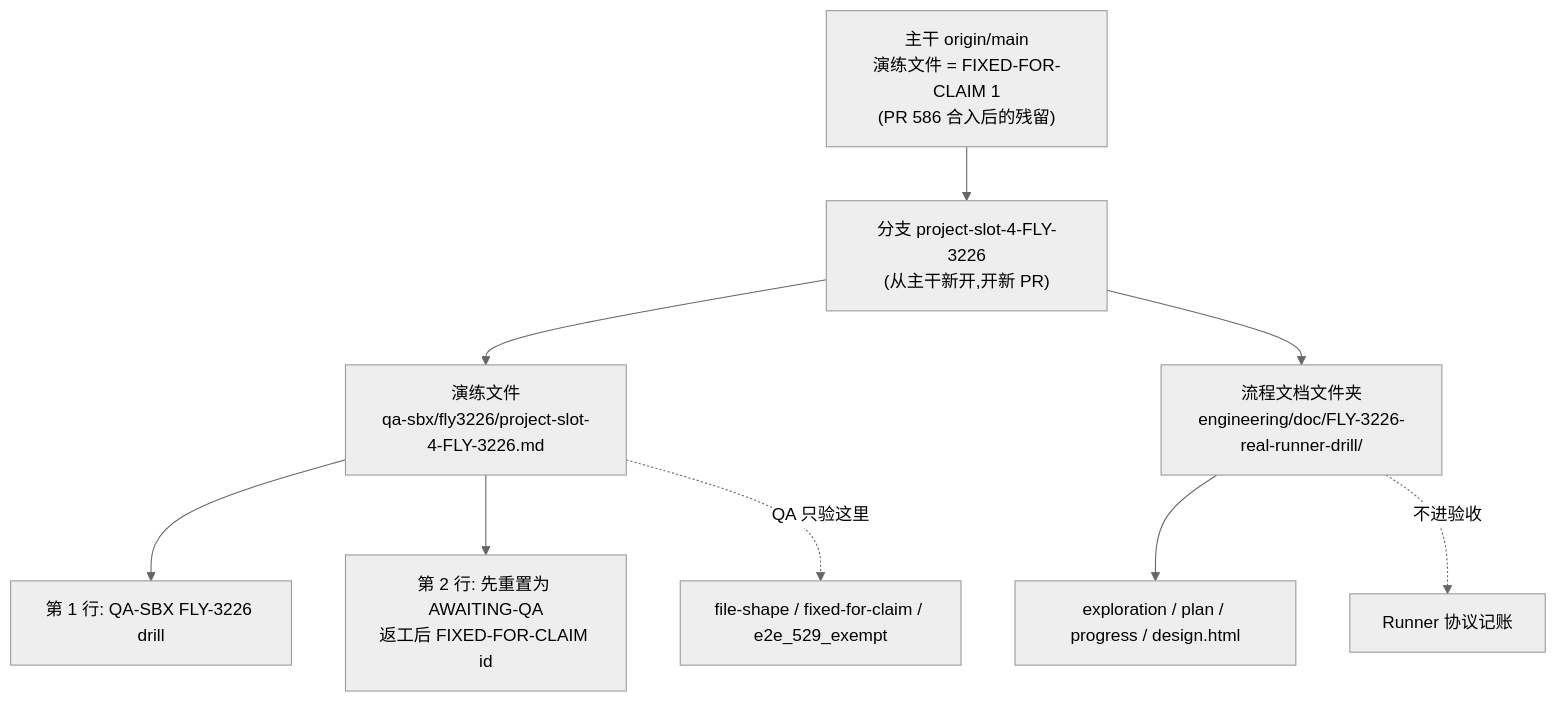
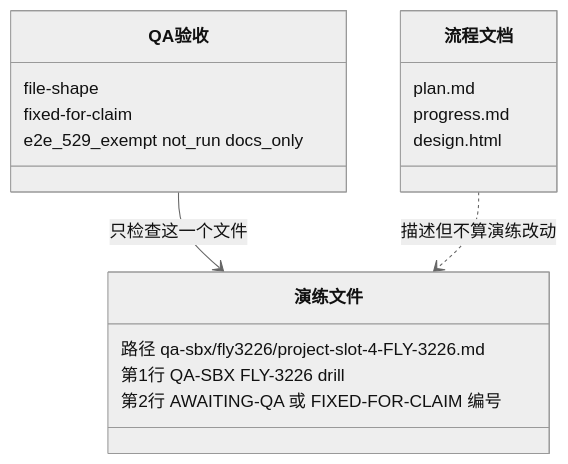
One commit to xrliAnnie/flywheel-qa-sandbox changed the diagram in engineering/doc/FLY-3226-real-runner-drill/d2-data-model.mmd. Above: the diagram before and after it, drawn with Mermaid (neutral theme). The commit also changed 7 other files, not shown here.

First line of the commit message:
FLY-3226 QA-SBX FLY-3226 real-runner drill (run 26677b9a) (#616)

```diff
--- a/engineering/doc/FLY-3226-real-runner-drill/d2-data-model.mmd
+++ b/engineering/doc/FLY-3226-real-runner-drill/d2-data-model.mmd
@@ -1,9 +1,18 @@
-flowchart TD
-    M["主干 origin/main<br/>演练文件 = FIXED-FOR-CLAIM 1<br/>(PR 586 合入后的残留)"] --> B["分支 project-slot-4-FLY-3226<br/>(从主干新开,开新 PR)"]
-    B --> T["演练文件<br/>qa-sbx/fly3226/project-slot-4-FLY-3226.md"]
-    B --> P["流程文档文件夹<br/>engineering/doc/FLY-3226-real-runner-drill/"]
-    T --> L1["第 1 行: QA-SBX FLY-3226 drill"]
-    T --> L2["第 2 行: 先重置为 AWAITING-QA<br/>返工后 FIXED-FOR-CLAIM id"]
-    P --> X["exploration / plan / progress / design.html"]
-    T -. "QA 只验这里" .-> C["file-shape / fixed-for-claim / e2e_529_exempt"]
-    P -. "不进验收" .-> N["Runner 协议记账"]
+classDiagram
+    class 演练文件 {
+      路径 qa-sbx/fly3226/project-slot-4-FLY-3226.md
+      第1行 QA-SBX FLY-3226 drill
+      第2行 AWAITING-QA 或 FIXED-FOR-CLAIM 编号
+    }
+    class QA验收 {
+      file-shape
+      fixed-for-claim
+      e2e_529_exempt not_run docs_only
+    }
+    class 流程文档 {
+      plan.md
+      progress.md
+      design.html
+    }
+    QA验收 --> 演练文件 : 只检查这一个文件
+    流程文档 ..> 演练文件 : 描述但不算演练改动
```
